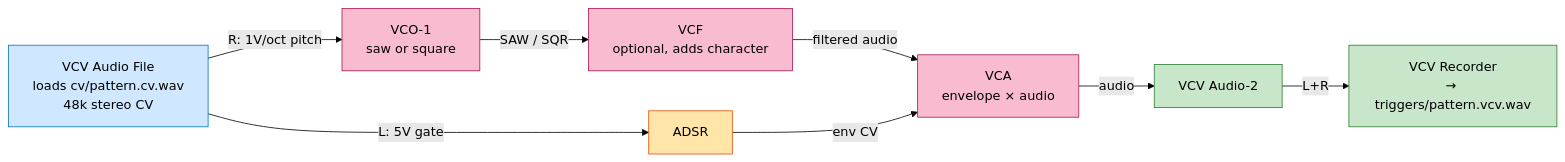
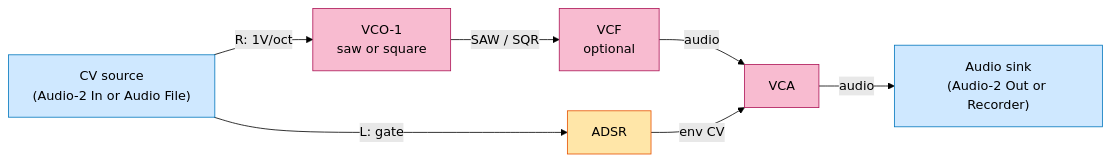
The second of 2 diagrams in neurodynamics/engine/docs/vcv_patch.md (pleasetrythisathome/factory-dame), drawn with Mermaid (forest theme) before and after one commit. The commit also changed other lines of this file and 1 other file, not shown here.

First line of the commit message:
feat: live VCV Rack roundtrip via virtual-loopback chain

````diff
--- a/neurodynamics/engine/docs/vcv_patch.md
+++ b/neurodynamics/engine/docs/vcv_patch.md
@@ -12,27 +81,23 @@
 ```mermaid
 flowchart LR
-    AF["VCV Audio File<br/>loads cv/pattern.cv.wav<br/>48k stereo CV"]
+    IN["CV source<br/>(Audio-2 In or Audio File)"]
     ADSR["ADSR"]
     VCO["VCO-1<br/>saw or square"]
-    VCF["VCF<br/>optional, adds character"]
-    VCA["VCA<br/>envelope × audio"]
-    AUD["VCV Audio-2"]
-    REC["VCV Recorder<br/>→ triggers/pattern.vcv.wav"]
+    VCF["VCF<br/>optional"]
+    VCA["VCA"]
+    OUT["Audio sink<br/>(Audio-2 Out or Recorder)"]
 
-    AF -->|"L: 5V gate"| ADSR
-    AF -->|"R: 1V/oct pitch"| VCO
+    IN -->|"L: gate"| ADSR
+    IN -->|"R: 1V/oct"| VCO
     VCO -->|"SAW / SQR"| VCF
-    VCF -->|"filtered audio"| VCA
+    VCF -->|"audio"| VCA
     ADSR -->|"env CV"| VCA
-    VCA -->|"audio"| AUD
-    AUD -->|"L+R"| REC
+    VCA -->|"audio"| OUT
 
-    classDef input fill:#cfe8ff,stroke:#0277bd,color:#000
+    classDef io fill:#cfe8ff,stroke:#0277bd,color:#000
     classDef mod fill:#ffe6a8,stroke:#e65100,color:#000
     classDef audio fill:#f8bbd0,stroke:#ad1457,color:#000
-    classDef output fill:#c8e6c9,stroke:#2e7d32,color:#000
-    class AF input
+    class IN,OUT io
     class ADSR mod
     class VCO,VCF,VCA audio
-    class AUD,REC output
 ```
````
